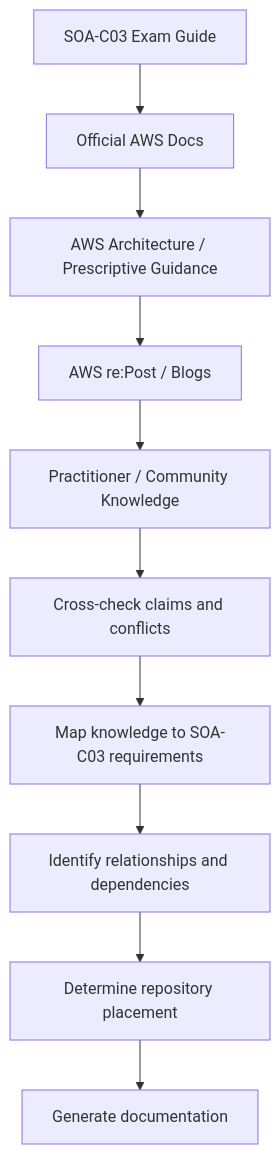
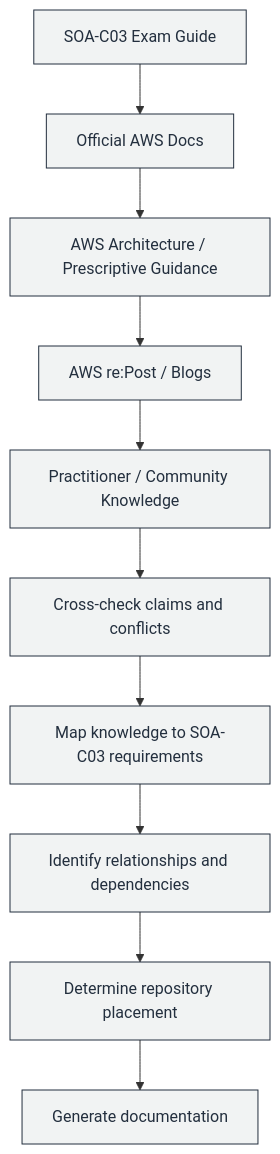
The second of 15 diagrams in AGENTS.md (GabrielAlmeidaFlores/AWS-CloudOps-Engineer-Associate-Doc), drawn with Mermaid before and after one commit. The commit also changed other lines of this file and 22 other files, not shown here.

First line of the commit message:
docs: AWS-styled Mermaid, IAM/VPC console screenshots, and AGENTS.md rules

````diff
--- a/AGENTS.md
+++ b/AGENTS.md
@@ -162,12 +164,14 @@
 ```mermaid
 flowchart TD
     A["SOA-C03 Exam Guide"] --> B["Official AWS Docs"]
     B --> C["AWS Architecture / Prescriptive Guidance"]
     C --> D["AWS re:Post / Blogs"]
     D --> E["Practitioner / Community Knowledge"]
     E --> F["Cross-check claims and conflicts"]
     F --> G["Map knowledge to SOA-C03 requirements"]
     G --> H["Identify relationships and dependencies"]
     H --> I["Determine repository placement"]
     I --> J["Generate documentation"]
+    classDef step fill:#F1F3F3,stroke:#232F3E,color:#232F3E
+    class A,B,C,D,E,F,G,H,I,J step
 ```
````
